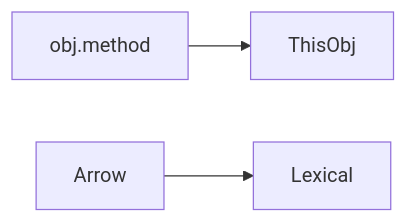
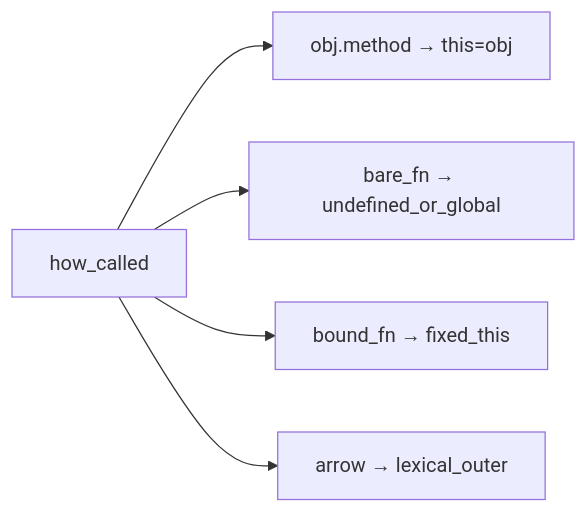
One commit to AlexanderNY/cursor_test changed the diagram in nine-to-eighteen/ui/src/data/learn/js/js02-functions-this.md. Above: the diagram before and after it, drawn with Mermaid. The commit also changed other lines of this file and 3060 other files, not shown here.

````diff
--- a/nine-to-eighteen/ui/src/data/learn/js/js02-functions-this.md
+++ b/nine-to-eighteen/ui/src/data/learn/js/js02-functions-this.md
@@ -58,5 +133,7 @@
 ```mermaid
 flowchart LR
-  Call[obj.method] --> ThisObj
-  Arrow --> Lexical
+  Call[how_called] --> Method[obj.method → this=obj]
+  Call --> Free[bare_fn → undefined_or_global]
+  Call --> Bound[bound_fn → fixed_this]
+  Call --> Arrow[arrow → lexical_outer]
 ```
````
